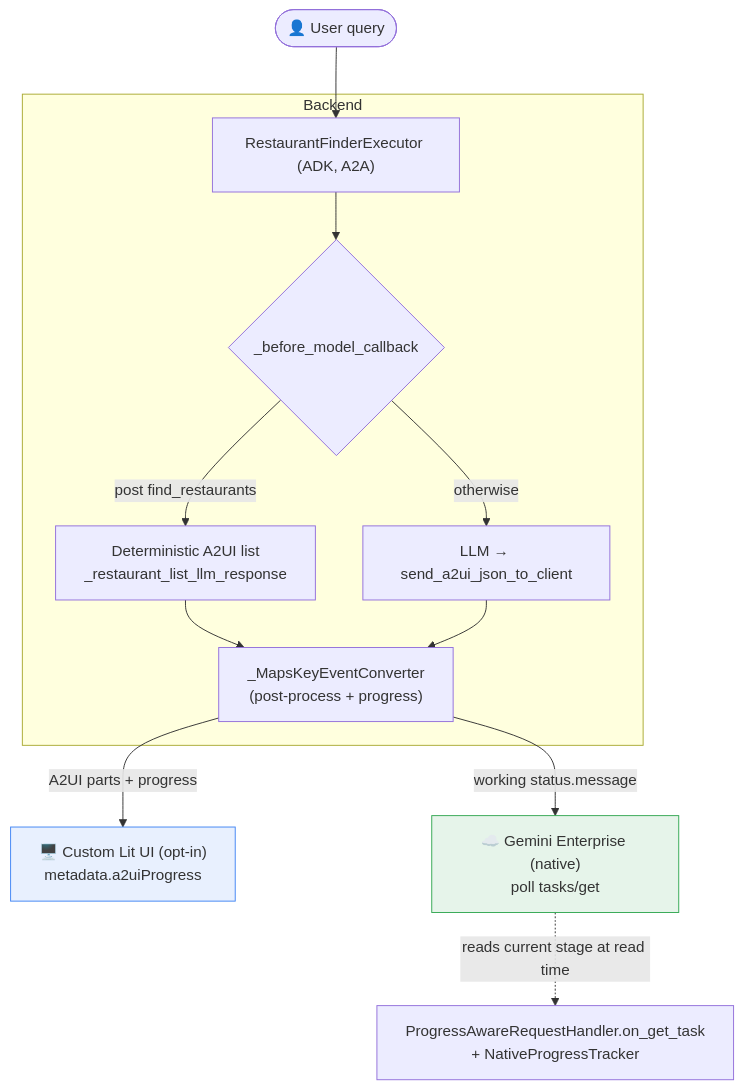
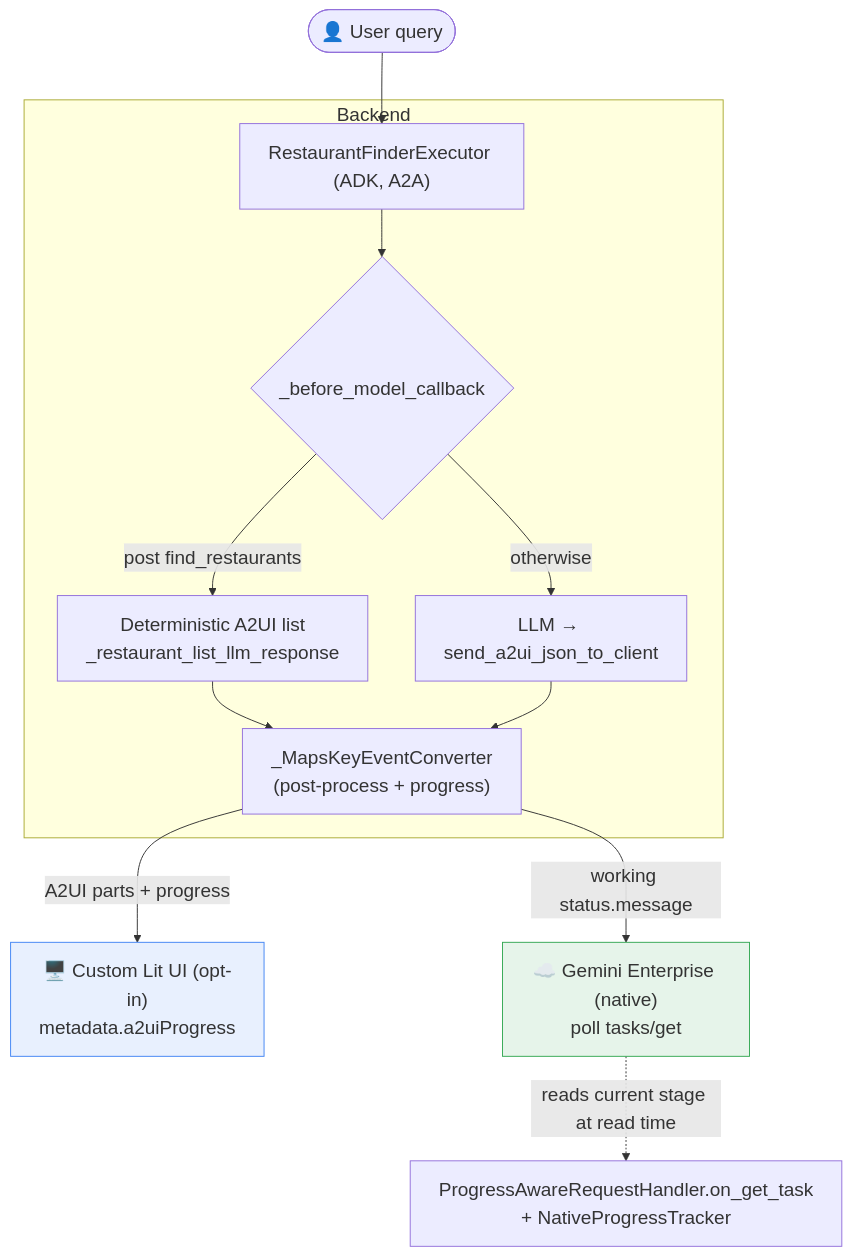
The first of 2 diagrams in docs/progress_bar.md (wadave/agent-a2ui-demo), drawn with Mermaid before and after one commit. The commit also changed other lines of this file and 1 other file, not shown here.

````diff
--- a/docs/progress_bar.md
+++ b/docs/progress_bar.md
@@ -113,19 +113,20 @@
 ```mermaid
+%%{init: {'themeVariables': {'fontSize': '20px'}}}%%
 flowchart TD
     User(["👤 User query"]) --> Exec["RestaurantFinderExecutor (ADK, A2A)"]
 
     subgraph Backend
       Exec --> CB{"_before_model_callback"}
       CB -->|"post find_restaurants"| Short["Deterministic A2UI list\n_restaurant_list_llm_response"]
       CB -->|"otherwise"| LLM["LLM → send_a2ui_json_to_client"]
       Short & LLM --> Conv["_MapsKeyEventConverter\n(post-process + progress)"]
     end
 
     Conv -->|"A2UI parts + progress"| Custom["🖥️ Custom Lit UI (opt-in)\nmetadata.a2uiProgress"]
     Conv -->|"working status.message"| GE["☁️ Gemini Enterprise (native)\npoll tasks/get"]
 
     GE -.->|"reads current stage at read time"| Handler["ProgressAwareRequestHandler.on_get_task\n+ NativeProgressTracker"]
 
     style Custom fill:#e8f0fe,stroke:#4285f4
     style GE fill:#e6f4ea,stroke:#34a853
 ```
````
